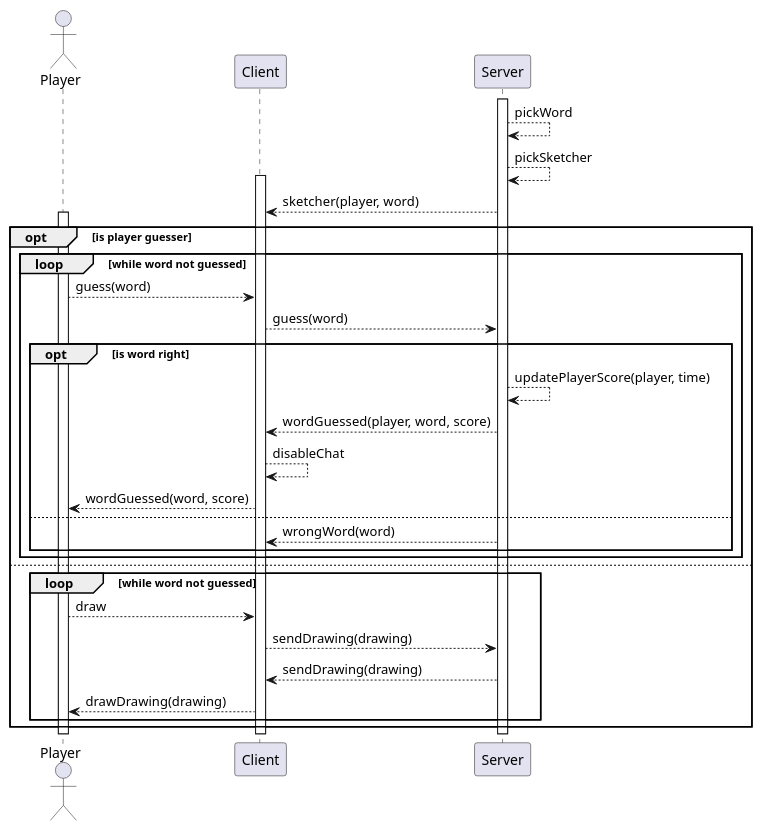
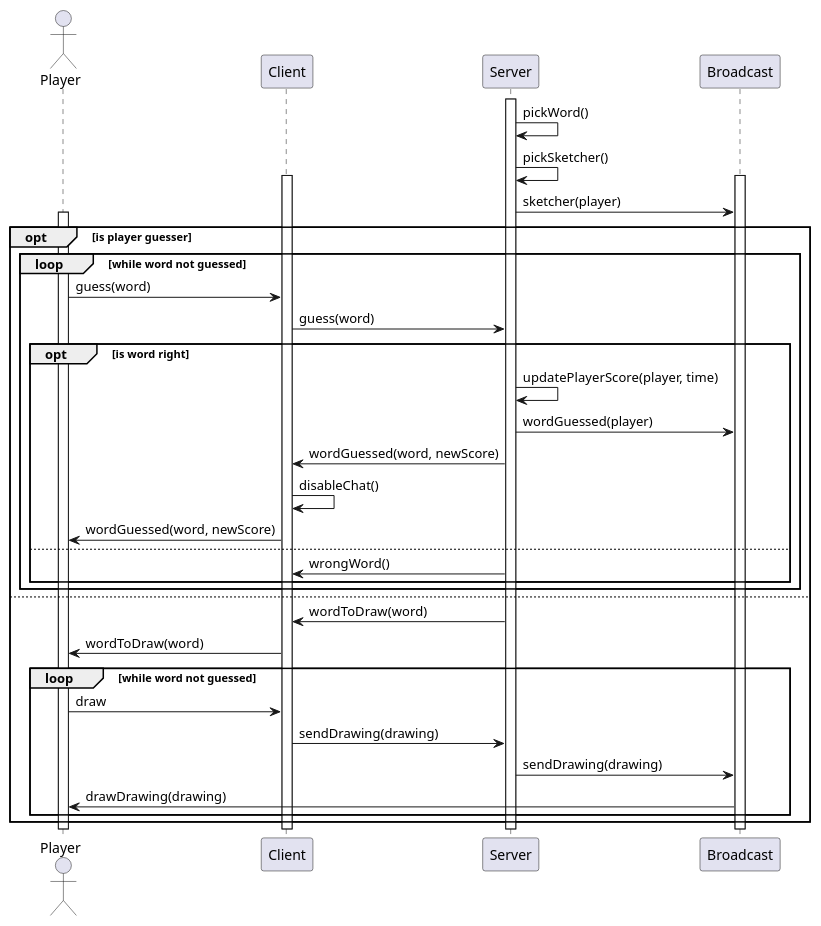
Before and after one commit to MatanDavidi/scribble-public: the diagram in analysis/scenarios/game/game.puml, drawn with PlantUML. The commit also changed 1 other file, not shown here.

Commit message:
Update swim-lane diagram for game scenario

```diff
--- a/analysis/scenarios/game/game.puml
+++ b/analysis/scenarios/game/game.puml
@@ -1,41 +1,47 @@
 @startuml
 
 actor Player as p
 participant Client as c
 participant Server as s
+participant Broadcast as b
 
 activate s
-s --> s: pickWord
-s --> s: pickSketcher
+s -> s: pickWord()
+s -> s: pickSketcher()
 
 activate c
-s --> c: sketcher(player, word)
+activate b
+s -> b: sketcher(player)
 
 activate p
 opt is player guesser
   loop while word not guessed
-    p --> c: guess(word)
-    c --> s: guess(word)
+    p -> c: guess(word)
+    c -> s: guess(word)
     opt is word right
-      s --> s: updatePlayerScore(player, time)
-      s --> c: wordGuessed(player, word, score)
-      c --> c: disableChat
-      c --> p: wordGuessed(word, score)
+      s -> s: updatePlayerScore(player, time)
+      s -> b: wordGuessed(player)
+      s -> c: wordGuessed(word, newScore)
+      c -> c: disableChat()
+      c -> p: wordGuessed(word, newScore)
     else
-      s --> c: wrongWord(word)
+      s -> c: wrongWord()
     end
   end
 else
+  s -> c: wordToDraw(word)
+  c -> p: wordToDraw(word)
   loop while word not guessed
-    p --> c: draw
-    c --> s: sendDrawing(drawing)
-    s --> c: sendDrawing(drawing)
-    c --> p: drawDrawing(drawing)
+    p -> c: draw
+    c -> s: sendDrawing(drawing)
+    s -> b: sendDrawing(drawing)
+    b -> p: drawDrawing(drawing)
   end
 end
 
+deactivate b
 deactivate c
 deactivate s
 deactivate p
 
 @enduml
```
